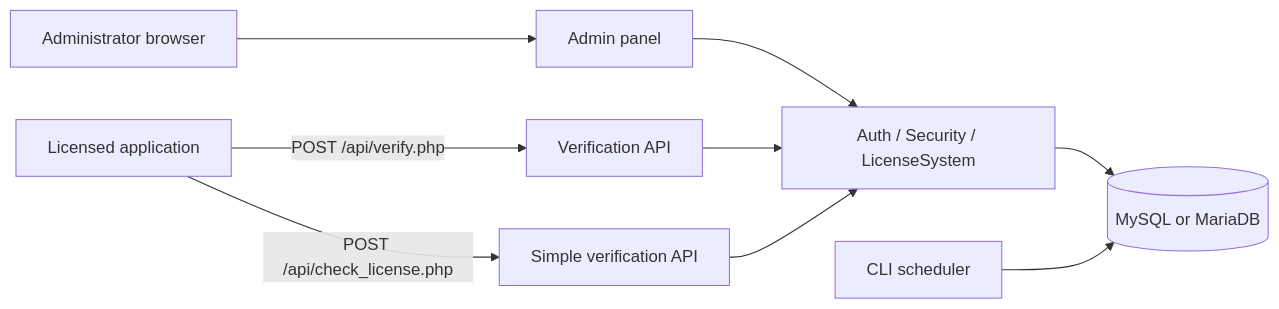
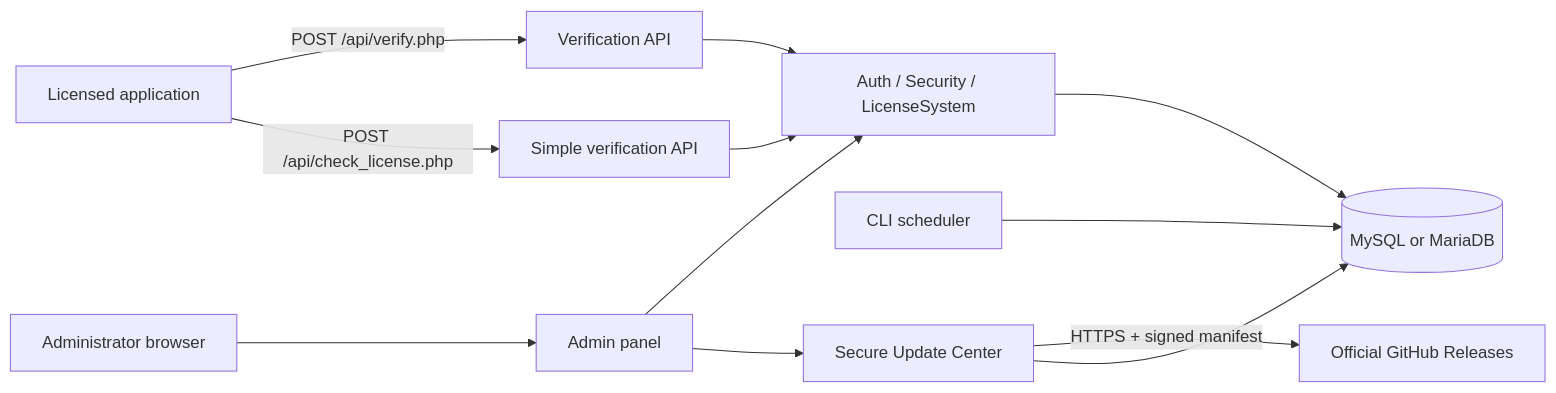
The diagram in README.md (vibtools/Licora), drawn with Mermaid before and after one commit. The commit also changed other lines of this file and 79 other files, not shown here.

Commit message:
feat: add secure in-app updater in Licora v5.3.0

````diff
--- a/README.md
+++ b/README.md
@@ -47,11 +48,14 @@
 ```mermaid
 flowchart LR
     Client[Licensed application] -->|POST /api/verify.php| API[Verification API]
     Client -->|POST /api/check_license.php| Legacy[Simple verification API]
     Admin[Administrator browser] --> Panel[Admin panel]
     Panel --> Core[Auth / Security / LicenseSystem]
     API --> Core
     Legacy --> Core
     Core --> DB[(MySQL or MariaDB)]
     Cron[CLI scheduler] --> DB
+    Panel --> Updater[Secure Update Center]
+    Updater -->|HTTPS + signed manifest| GitHub[Official GitHub Releases]
+    Updater --> DB
 ```
````
